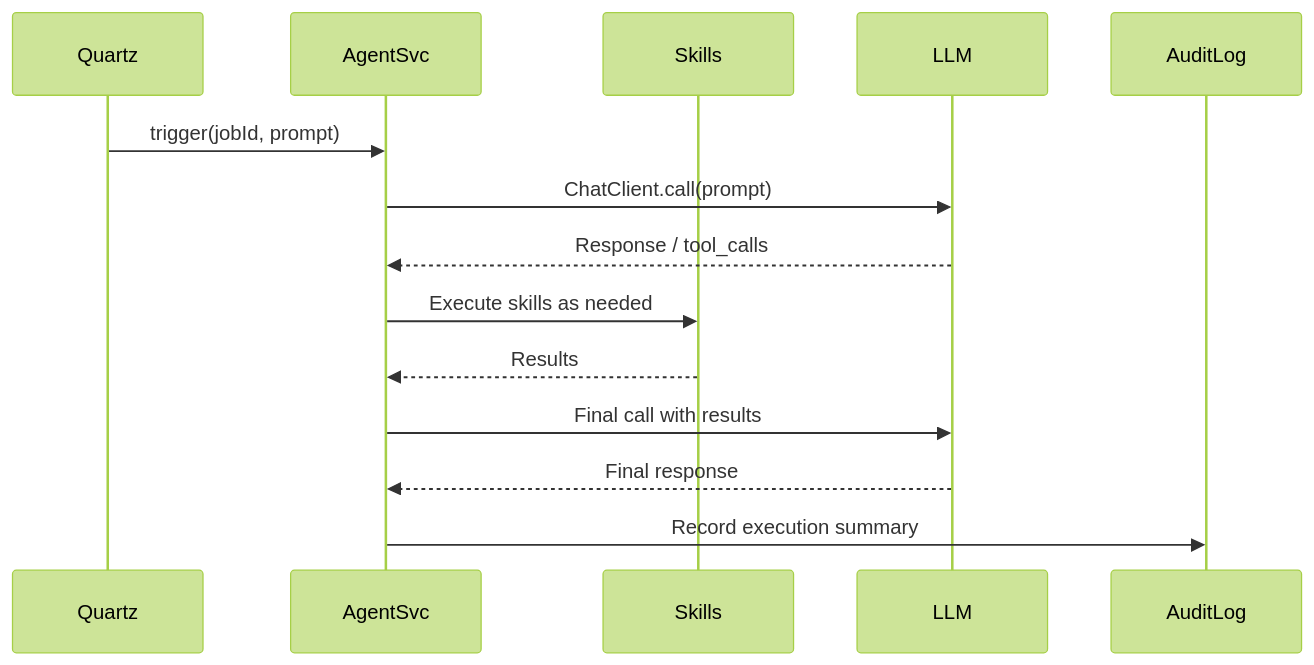
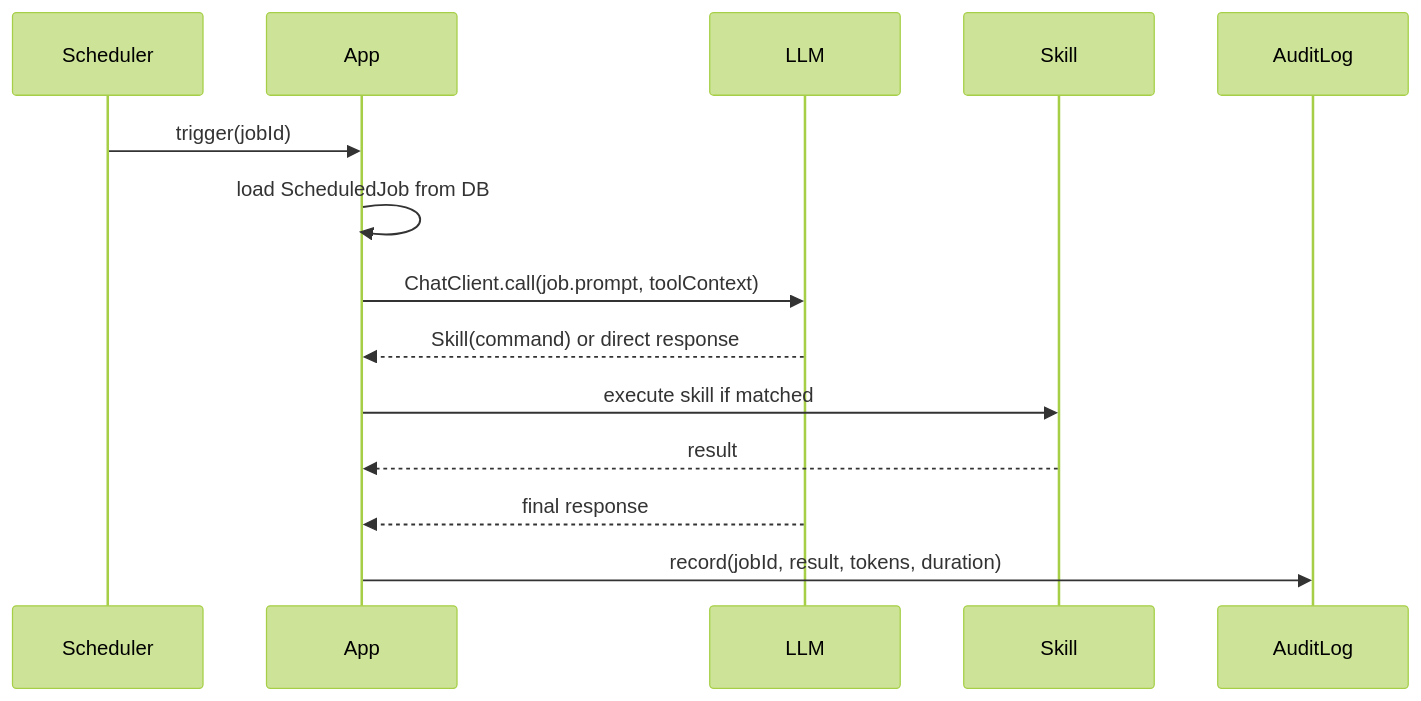
Before and after one commit to enterpriseclaw/enterpriseclaw: the seventh of 8 diagrams in docs/trd-enterpriseclaw.md, drawn with Mermaid (forest theme). The commit also changed other lines of this file, not shown here.

Commit message:
docs: Revise TRD - SkillsTool/SKILL.md skills, AskUserQuestionTool, JBang/JLink/Docker Compose, no Grafana

````diff
--- a/docs/trd-enterpriseclaw.md
+++ b/docs/trd-enterpriseclaw.md
@@ -526,17 +835,17 @@
 ```mermaid
 sequenceDiagram
-    participant Quartz
-    participant AgentSvc
-    participant Skills
+    participant Scheduler
+    participant App
     participant LLM
+    participant Skill
     participant AuditLog
 
-    Quartz->>AgentSvc: trigger(jobId, prompt)
-    AgentSvc->>LLM: ChatClient.call(prompt)
-    LLM-->>AgentSvc: Response / tool_calls
-    AgentSvc->>Skills: Execute skills as needed
-    Skills-->>AgentSvc: Results
-    AgentSvc->>LLM: Final call with results
-    LLM-->>AgentSvc: Final response
-    AgentSvc->>AuditLog: Record execution summary
+    Scheduler->>App: trigger(jobId)
+    App->>App: load ScheduledJob from DB
+    App->>LLM: ChatClient.call(job.prompt, toolContext)
+    LLM-->>App: Skill(command) or direct response
+    App->>Skill: execute skill if matched
+    Skill-->>App: result
+    LLM-->>App: final response
+    App->>AuditLog: record(jobId, result, tokens, duration)
 ```
````
